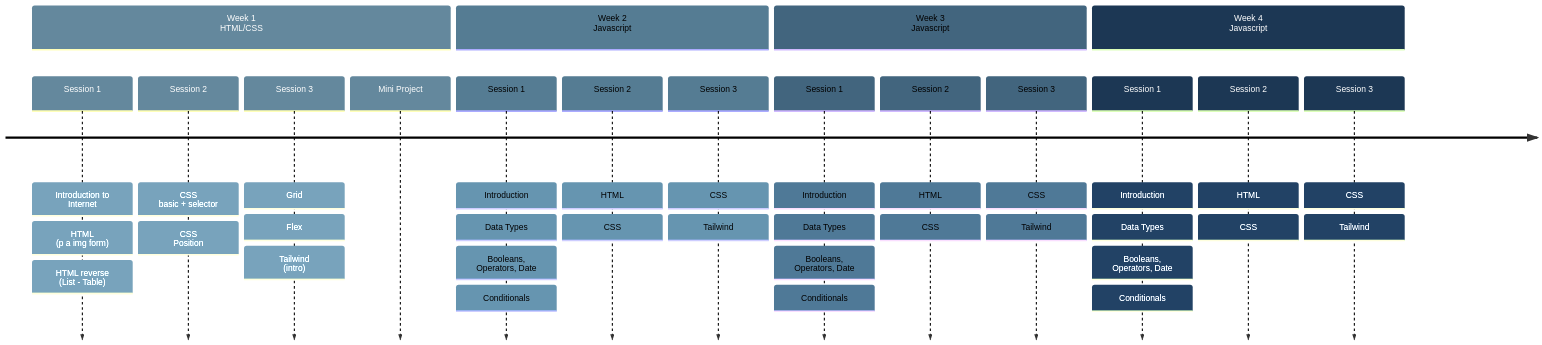
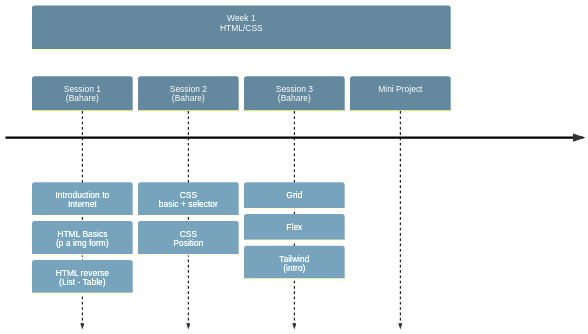
The first of 5 diagrams in README.md (aryansabet/FrontendBootcamp), drawn with Mermaid before and after one commit. The commit also changed other lines of this file, not shown here.

Commit message:
fix: Add Full Timeline for 8 Weeks

````diff
--- a/README.md
+++ b/README.md
@@ -3,67 +3,28 @@
 ```mermaid
 %%{init: { 'logLevel': 'debug', 'theme': 'default' , 'themeVariables': {
               'cScale0': '#64889D',
               'cScale1': '#557C93',
               'cScale2': '#42657E',
               'cScale3': '#1C3754',
               'cScale4': '#42657E',
               'cScale5': '#557C93',
               'cScale6': '#1C3754',
               'cScale7': '#64889D'
        }  } }%%
 timeline
     section Week 1 <br> HTML/CSS
-        Session 1 
+        Session 1 <br> (Bahare)
             : Introduction to Internet 
-            : HTML <br> (p a img form)
+            : HTML Basics<br> (p a img form)
             : HTML reverse <br> (List - Table)
-        Session 2 
+        Session 2 <br> (Bahare)
             : CSS <br> basic + selector
             : CSS <br> Position
 
-        Session 3 
+        Session 3 <br> (Bahare)
             : Grid
             : Flex
             : Tailwind <br> (intro)
             
         Mini Project
-
-    section Week 2 <br> Javascript
-        Session 1 
-            : Introduction
-            : Data Types
-            : Booleans, Operators, Date
-            : Conditionals
-        Session 2 
-            : HTML 
-            : CSS
-        Session 3 
-            : CSS 
-            : Tailwind
-    section Week 3 <br> Javascript
-        Session 1 
-            : Introduction
-            : Data Types
-            : Booleans, Operators, Date
-            : Conditionals
-        Session 2 
-            : HTML 
-            : CSS
-        Session 3 
-            : CSS 
-            : Tailwind
-    section Week 4 <br> Javascript
-        Session 1 
-            : Introduction
-            : Data Types
-            : Booleans, Operators, Date
-            : Conditionals
-        Session 2 
-            : HTML 
-            : CSS
-        Session 3 
-            : CSS 
-            : Tailwind
-
-
 ```
````
